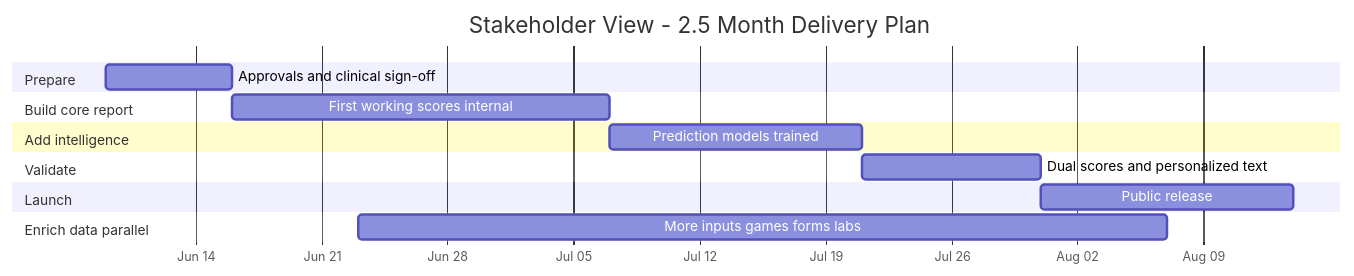
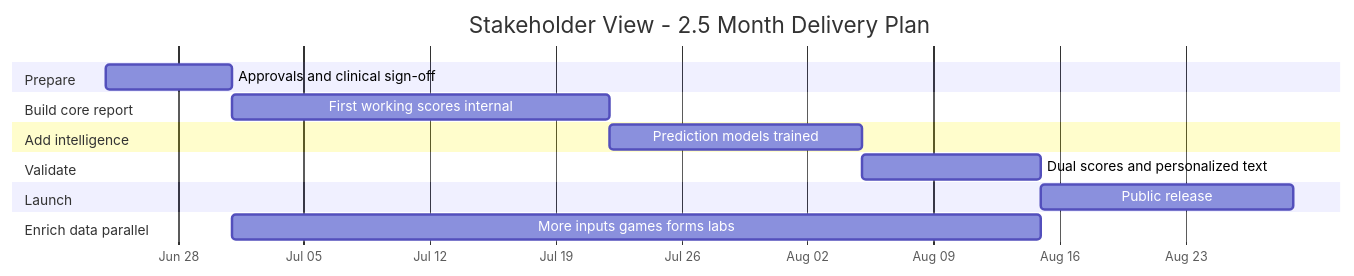
The diagram in final/Development-Roadmap-Stakeholder.md (mindpeers/mindpeers-ai-engine), drawn with Mermaid before and after one commit. The commit also changed other lines of this file, not shown here.

````diff
--- a/final/Development-Roadmap-Stakeholder.md
+++ b/final/Development-Roadmap-Stakeholder.md
@@ -168,24 +179,24 @@
 ```mermaid
 gantt
     title Stakeholder View - 2.5 Month Delivery Plan
     dateFormat YYYY-MM-DD
     axisFormat %b %d
 
     section Prepare
-    Approvals and clinical sign-off      :prep, 2026-06-09, 7d
+    Approvals and clinical sign-off      :prep, 2026-06-24, 7d
 
     section Build core report
-    First working scores internal        :core, 2026-06-16, 21d
+    First working scores internal        :core, 2026-07-01, 21d
 
     section Add intelligence
-    Prediction models trained            :ml, 2026-07-07, 14d
+    Prediction models trained            :ml, 2026-07-22, 14d
 
     section Validate
-    Dual scores and personalized text    :val, 2026-07-21, 10d
+    Dual scores and personalized text    :val, 2026-08-05, 10d
 
     section Launch
-    Public release                       :launch, 2026-07-31, 14d
+    Public release                       :launch, 2026-08-15, 14d
 
     section Enrich data parallel
-    More inputs games forms labs         :expand, 2026-06-23, 45d
+    More inputs games forms labs         :expand, 2026-07-01, 45d
 ```
````
